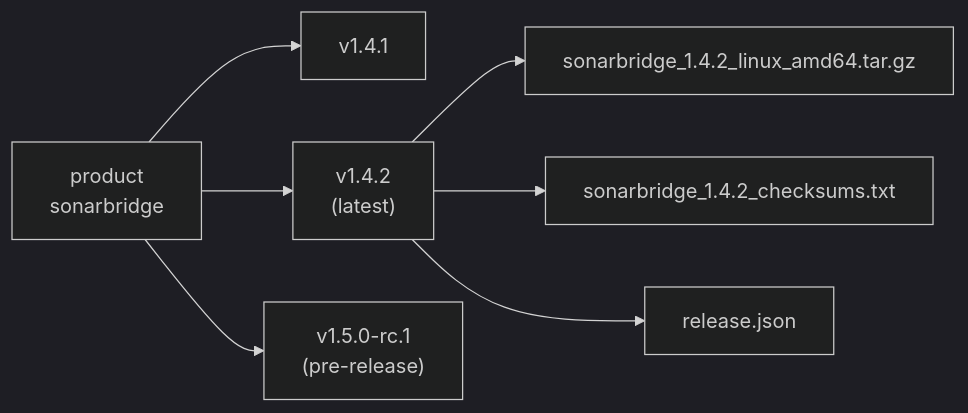
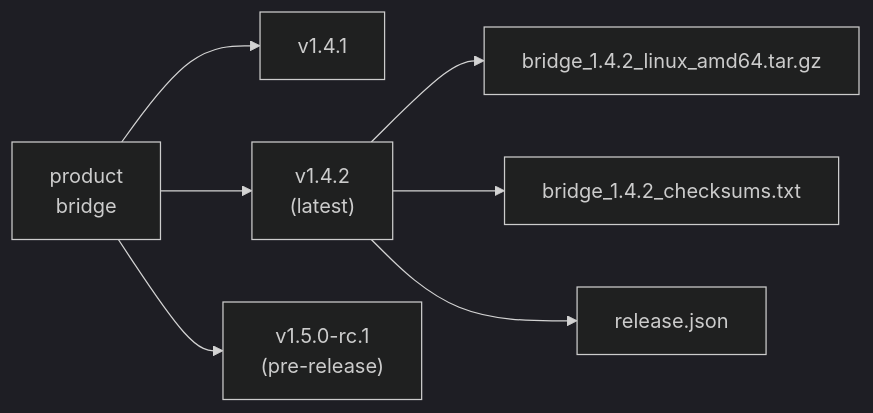
Before and after one commit to nivekalara237/local-registry: the diagram in website/docs/concepts/products-and-versions.md, drawn with Mermaid (dark theme). The commit also changed other lines of this file and 96 other files, not shown here.

````diff
--- a/website/docs/concepts/products-and-versions.md
+++ b/website/docs/concepts/products-and-versions.md
@@ -20,9 +20,9 @@
 ```mermaid
 flowchart LR
-    P["product<br/>sonarbridge"] --> V1["v1.4.1"]
+    P["product<br/>bridge"] --> V1["v1.4.1"]
     P --> V2["v1.4.2<br/>(latest)"]
     P --> V3["v1.5.0-rc.1<br/>(pre-release)"]
-    V2 --> F1["sonarbridge_1.4.2_linux_amd64.tar.gz"]
-    V2 --> F2["sonarbridge_1.4.2_checksums.txt"]
+    V2 --> F1["bridge_1.4.2_linux_amd64.tar.gz"]
+    V2 --> F2["bridge_1.4.2_checksums.txt"]
     V2 --> F3["release.json"]
 ```
````
